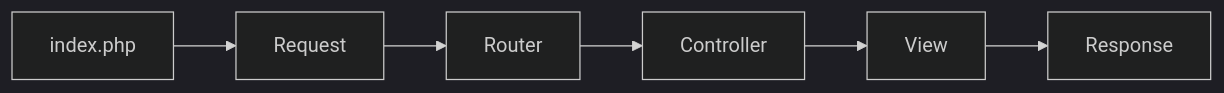
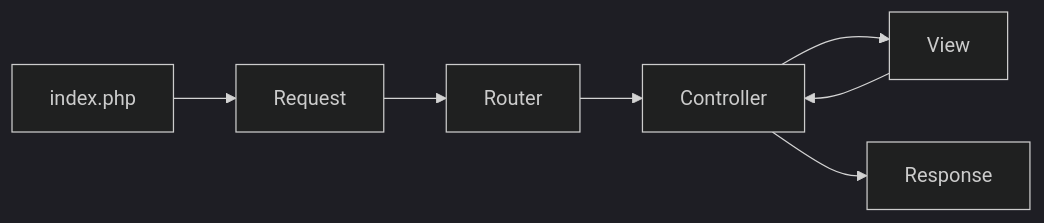
One commit to Tazya/php-practice-lecture changed the fifth of 6 diagrams in README.md. Above: the diagram before and after it, drawn with Mermaid (dark theme). The commit also changed other lines of this file and 6 other files, not shown here.

````diff
--- a/README.md
+++ b/README.md
@@ -496,6 +496,8 @@
 ```mermaid
 flowchart LR
     index.php-->Request-->Router
-    Router-->Controller-->View
-    View-->Response
+    Router-->Controller
+    Controller-->View-->Controller
+    Controller-->Response
+    
 ```
````
